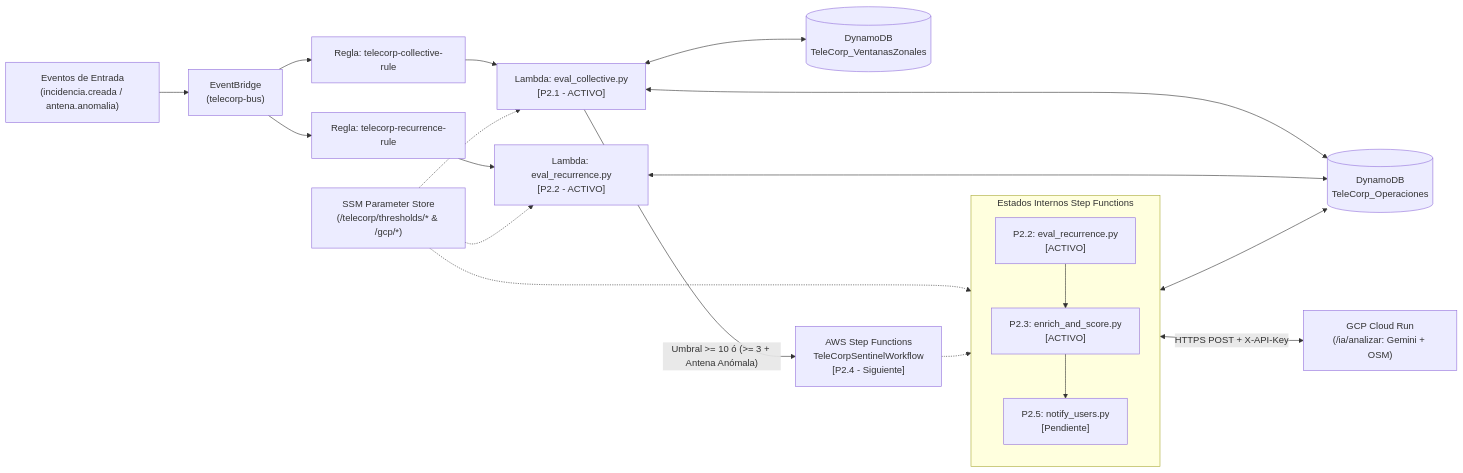
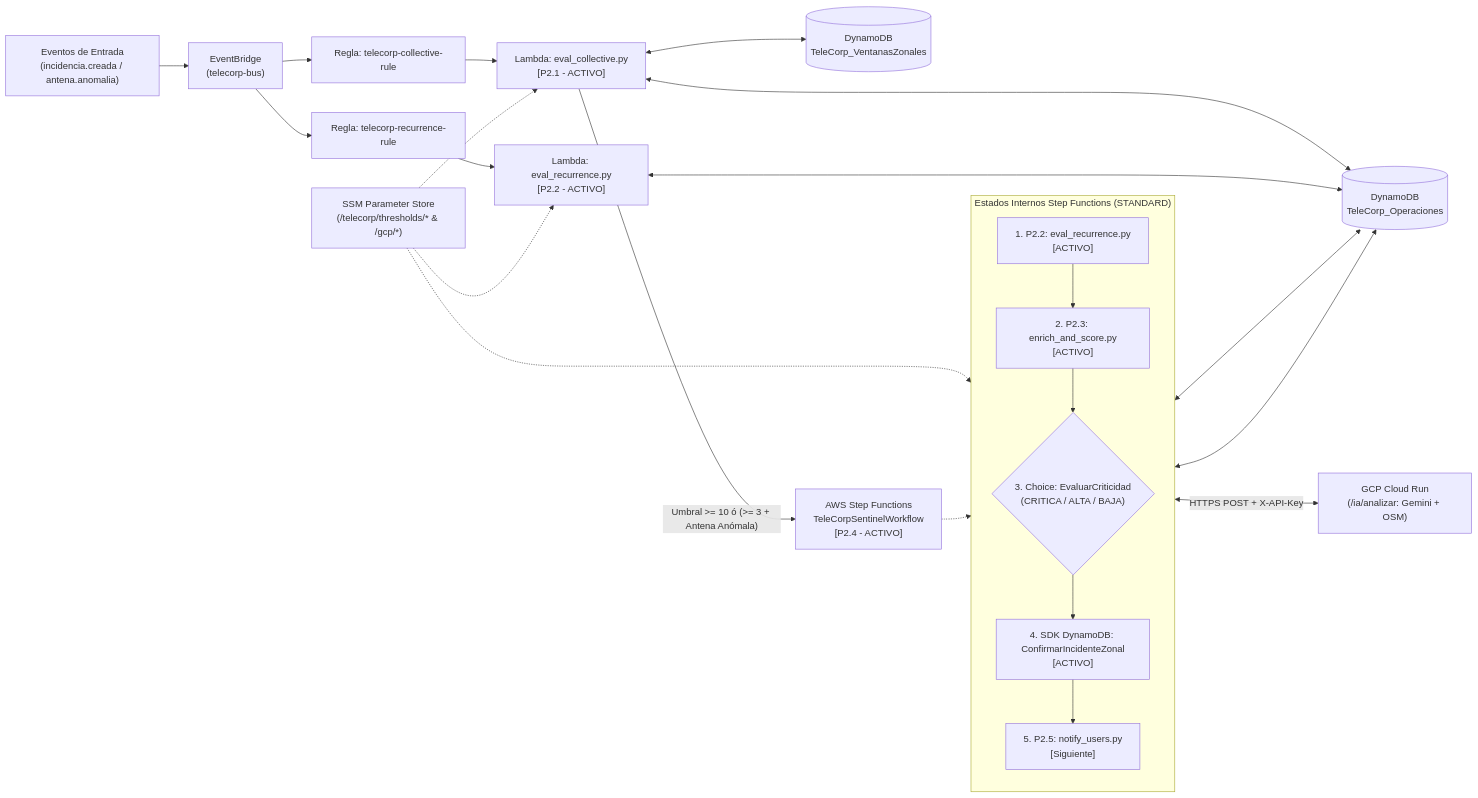
Before and after one commit to jose-lam/hackaton_cloud_computing: the diagram in orquestacion/README_P2.md, drawn with Mermaid. The commit also changed other lines of this file and 2 other files, not shown here.

Commit message:
Máquina de Estados AWS Step Functions

````diff
--- a/orquestacion/README_P2.md
+++ b/orquestacion/README_P2.md
@@ -7,25 +7,28 @@
 ```mermaid
 flowchart LR
     IN["Eventos de Entrada\n(incidencia.creada / antena.anomalia)"] --> EB["EventBridge\n(telecorp-bus)"]
     EB --> RULE_C["Regla: telecorp-collective-rule"]
     EB --> RULE_R["Regla: telecorp-recurrence-rule"]
 
     RULE_C --> L_COL["Lambda: eval_collective.py\n[P2.1 - ACTIVO]"]
     RULE_R --> L_REC["Lambda: eval_recurrence.py\n[P2.2 - ACTIVO]"]
 
     SSM["SSM Parameter Store\n(/telecorp/thresholds/* & /gcp/*)"] -.-> L_COL & L_REC & S2
     L_COL <--> DDB_V[("DynamoDB\nTeleCorp_VentanasZonales")]
     L_COL <--> DDB_O[("DynamoDB\nTeleCorp_Operaciones")]
     L_REC <--> DDB_O
 
-    L_COL -->|"Umbral >= 10 ó (>= 3 + Antena Anómala)"| SFN["AWS Step Functions\nTeleCorpSentinelWorkflow\n[P2.4 - Siguiente]"]
+    L_COL -->|"Umbral >= 10 ó (>= 3 + Antena Anómala)"| SFN["AWS Step Functions\nTeleCorpSentinelWorkflow\n[P2.4 - ACTIVO]"]
 
-    subgraph FLUJO_SFN ["Estados Internos Step Functions"]
+    subgraph FLUJO_SFN ["Estados Internos Step Functions (STANDARD)"]
         direction TB
-        S1["P2.2: eval_recurrence.py\n[ACTIVO]"] --> S2["P2.3: enrich_and_score.py\n[ACTIVO]"] --> S3["P2.5: notify_users.py\n[Pendiente]"]
+        S1["1. P2.2: eval_recurrence.py\n[ACTIVO]"] --> S2["2. P2.3: enrich_and_score.py\n[ACTIVO]"]
+        S2 --> S3{"3. Choice: EvaluarCriticidad\n(CRITICA / ALTA / BAJA)"}
+        S3 --> S4["4. SDK DynamoDB: ConfirmarIncidenteZonal\n[ACTIVO]"]
+        S4 --> S5["5. P2.5: notify_users.py\n[Siguiente]"]
     end
 
     SFN -.-> FLUJO_SFN
     S2 <-->|"HTTPS POST + X-API-Key"| GCP["GCP Cloud Run\n(/ia/analizar: Gemini + OSM)"]
-    S2 <--> DDB_O
+    S2 & S4 <--> DDB_O
 ```
````
